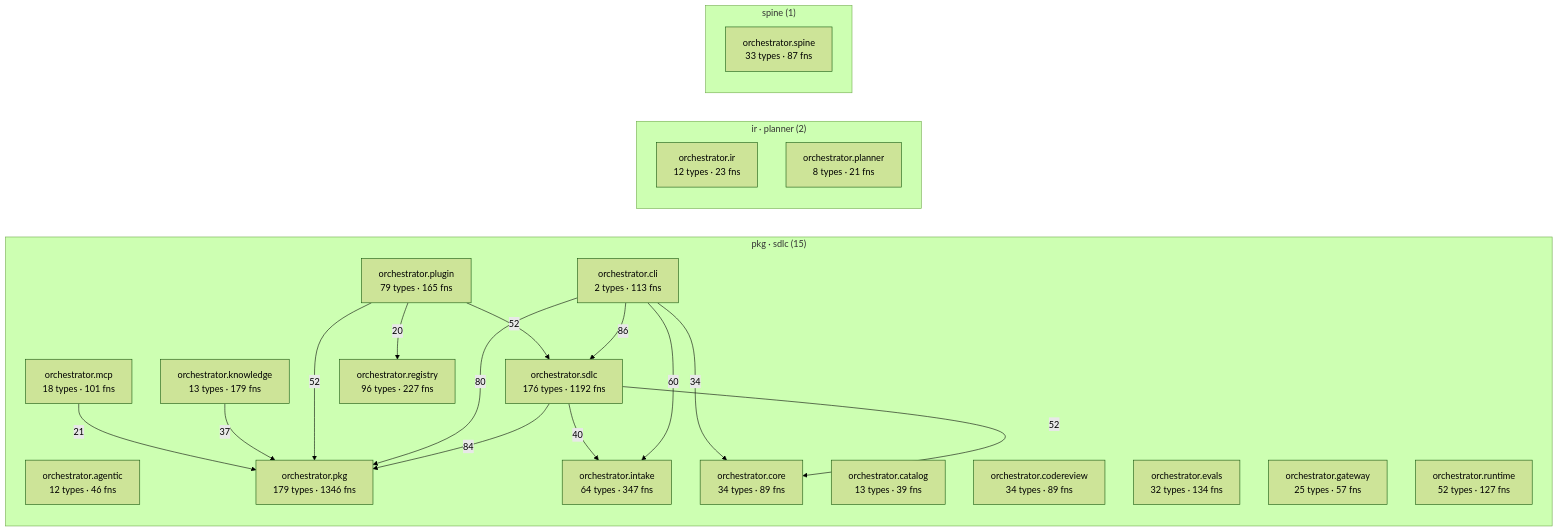
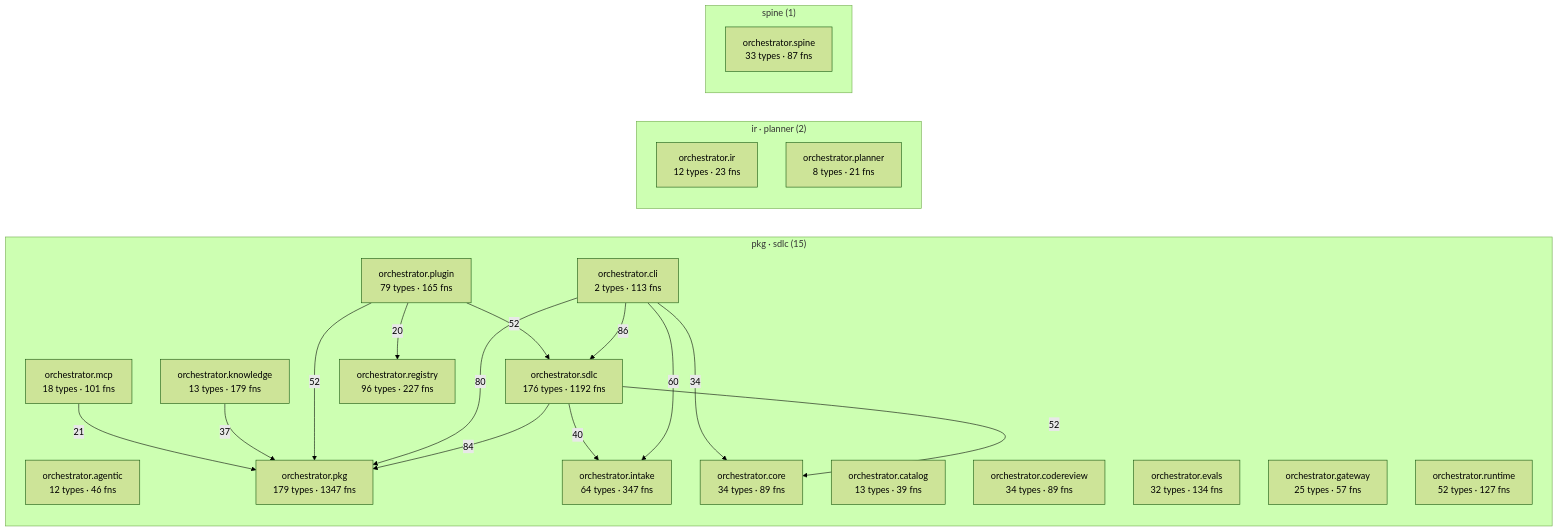
The diagram in episteme/architecture.md (synaptixs/spine), drawn with Mermaid (forest theme) before and after one commit. The commit also changed other lines of this file and 9 other files, not shown here.

````diff
--- a/episteme/architecture.md
+++ b/episteme/architecture.md
@@ -56,39 +56,39 @@
 ```mermaid
 flowchart LR
   subgraph c_2["pkg · sdlc (15)"]
     aorchestratoragentic["orchestrator.agentic<br/>12 types · 46 fns"]
     aorchestratorcatalog["orchestrator.catalog<br/>13 types · 39 fns"]
     aorchestratorcli["orchestrator.cli<br/>2 types · 113 fns"]
     aorchestratorcodereview["orchestrator.codereview<br/>34 types · 89 fns"]
     aorchestratorcore["orchestrator.core<br/>34 types · 89 fns"]
     aorchestratorevals["orchestrator.evals<br/>32 types · 134 fns"]
     aorchestratorgateway["orchestrator.gateway<br/>25 types · 57 fns"]
     aorchestratorintake["orchestrator.intake<br/>64 types · 347 fns"]
     aorchestratorknowledge["orchestrator.knowledge<br/>13 types · 179 fns"]
     aorchestratormcp["orchestrator.mcp<br/>18 types · 101 fns"]
-    aorchestratorpkg["orchestrator.pkg<br/>179 types · 1346 fns"]
+    aorchestratorpkg["orchestrator.pkg<br/>179 types · 1347 fns"]
     aorchestratorplugin["orchestrator.plugin<br/>79 types · 165 fns"]
     aorchestratorregistry["orchestrator.registry<br/>96 types · 227 fns"]
     aorchestratorruntime["orchestrator.runtime<br/>52 types · 127 fns"]
     aorchestratorsdlc["orchestrator.sdlc<br/>176 types · 1192 fns"]
   end
   subgraph c_5["ir · planner (2)"]
     aorchestratorir["orchestrator.ir<br/>12 types · 23 fns"]
     aorchestratorplanner["orchestrator.planner<br/>8 types · 21 fns"]
   end
   subgraph c_10["spine (1)"]
     aorchestratorspine["orchestrator.spine<br/>33 types · 87 fns"]
   end
   aorchestratorcli -->|86| aorchestratorsdlc
   aorchestratorsdlc -->|84| aorchestratorpkg
   aorchestratorcli -->|80| aorchestratorpkg
   aorchestratorcli -->|60| aorchestratorintake
   aorchestratorplugin -->|52| aorchestratorpkg
   aorchestratorplugin -->|52| aorchestratorsdlc
   aorchestratorsdlc -->|52| aorchestratorcore
   aorchestratorsdlc -->|40| aorchestratorintake
   aorchestratorknowledge -->|37| aorchestratorpkg
   aorchestratorcli -->|34| aorchestratorcore
   aorchestratormcp -->|21| aorchestratorpkg
   aorchestratorplugin -->|20| aorchestratorregistry
 ```
````
